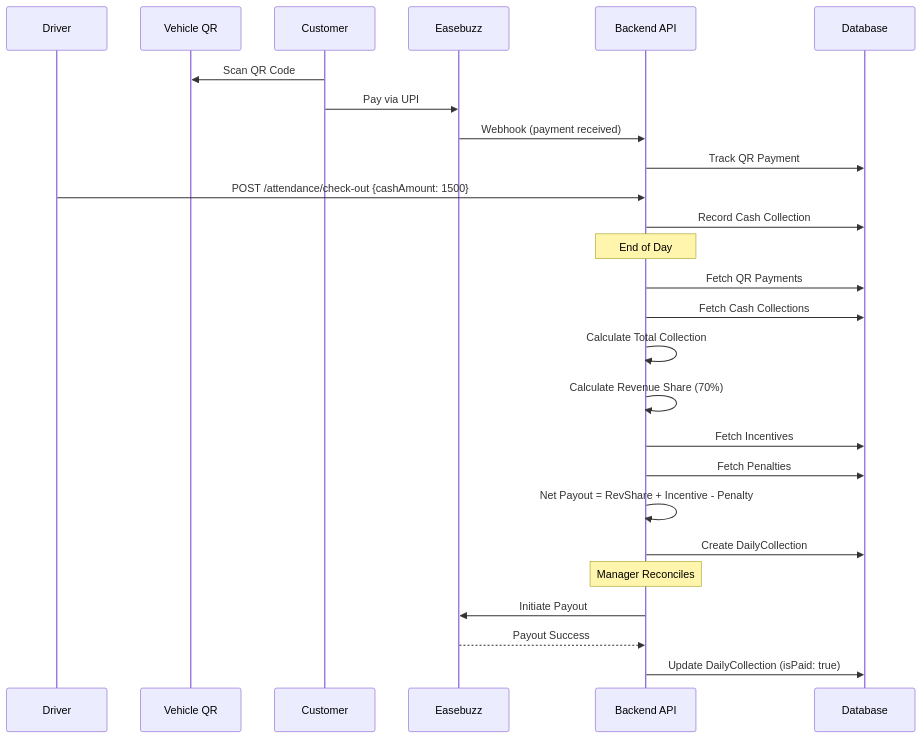
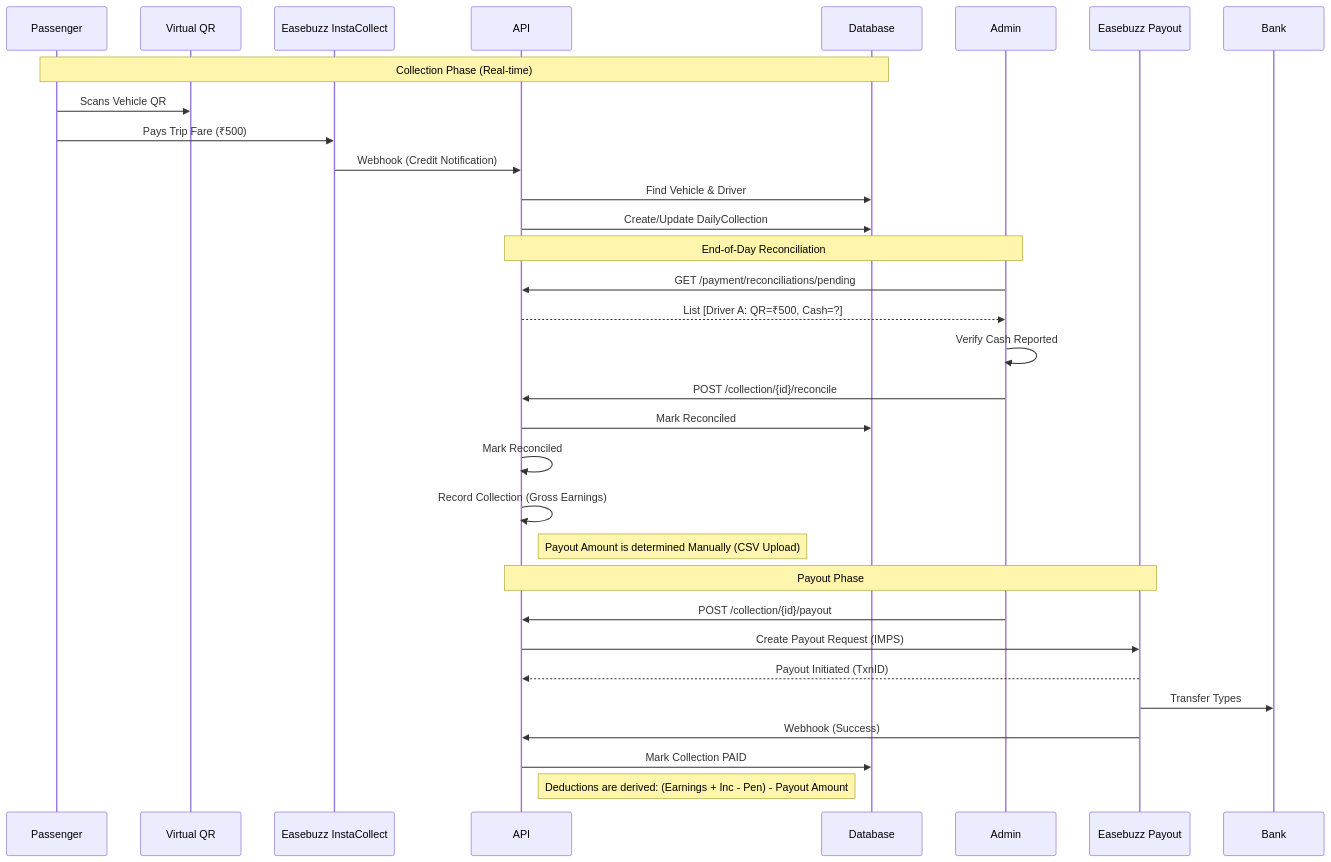
The third of 5 diagrams in backend/docs/PAYMENT_SYSTEM_DOCUMENTATION.md (AnuJ221011/drivers-klub), drawn with Mermaid before and after one commit. The commit also changed other lines of this file and 90 other files, not shown here.

Commit message:
integrate driver preference api

````diff
--- a/backend/docs/PAYMENT_SYSTEM_DOCUMENTATION.md
+++ b/backend/docs/PAYMENT_SYSTEM_DOCUMENTATION.md
@@ -1158,32 +126,39 @@
 ```mermaid
 sequenceDiagram
-    participant D as Driver
-    participant V as Vehicle QR
-    participant C as Customer
-    participant EB as Easebuzz
-    participant API as Backend API
+    participant Passenger
+    participant QR as Virtual QR
+    participant IC as Easebuzz InstaCollect
+    participant API
     participant DB as Database
+    participant Admin
+    participant Payout as Easebuzz Payout
 
-    C->>V: Scan QR Code
-    C->>EB: Pay via UPI
-    EB->>API: Webhook (payment received)
-    API->>DB: Track QR Payment
+    %% Collection Phase
+    Note over Passenger, DB: Collection Phase (Real-time)
+    Passenger->>QR: Scans Vehicle QR
+    Passenger->>IC: Pays Trip Fare (₹500)
+    IC->>API: Webhook (Credit Notification)
+    API->>DB: Find Vehicle & Driver
+    API->>DB: Create/Update DailyCollection
     
-    D->>API: POST /attendance/check-out {cashAmount: 1500}
-    API->>DB: Record Cash Collection
+    %% Reconciliation Phase
+    Note over API, Admin: End-of-Day Reconciliation
+    Admin->>API: GET /payment/reconciliations/pending
+    API-->>Admin: List [Driver A: QR=₹500, Cash=?]
+    Admin->>Admin: Verify Cash Reported
+    Admin->>API: POST /collection/{id}/reconcile
+    API->>DB: Mark Reconciled
+    API->>API: Mark Reconciled
+    API->>API: Record Collection (Gross Earnings)
+    Note right of API: Payout Amount is determined Manually (CSV Upload)
     
-    Note over API: End of Day
-    API->>DB: Fetch QR Payments
-    API->>DB: Fetch Cash Collections
-    API->>API: Calculate Total Collection
-    API->>API: Calculate Revenue Share (70%)
-    API->>DB: Fetch Incentives
-    API->>DB: Fetch Penalties
-    API->>API: Net Payout = RevShare + Incentive - Penalty
-    API->>DB: Create DailyCollection
-    
-    Note over API: Manager Reconciles
-    API->>EB: Initiate Payout
-    EB-->>API: Payout Success
-    API->>DB: Update DailyCollection (isPaid: true)
+    %% Payout Phase
+    Note over API, Payout: Payout Phase
+    Admin->>API: POST /collection/{id}/payout
+    API->>Payout: Create Payout Request (IMPS)
+    Payout-->>API: Payout Initiated (TxnID)
+    Payout->>Bank: Transfer Types
+    Payout->>API: Webhook (Success)
+    API->>DB: Mark Collection PAID
+    Note right of API: Deductions are derived: (Earnings + Inc - Pen) - Payout Amount
 ```
````
